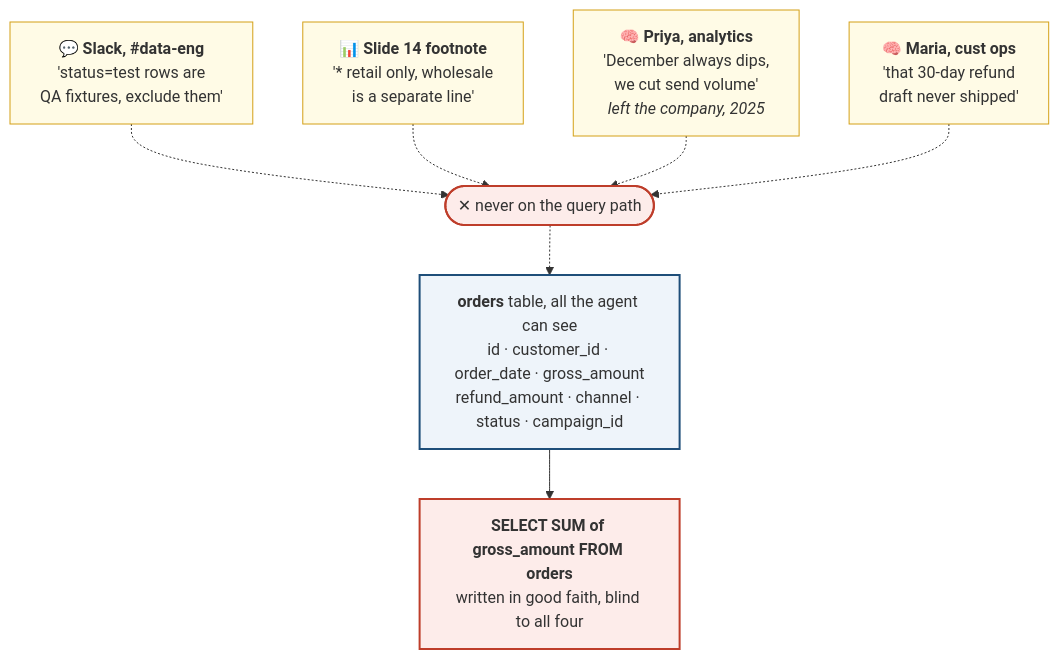
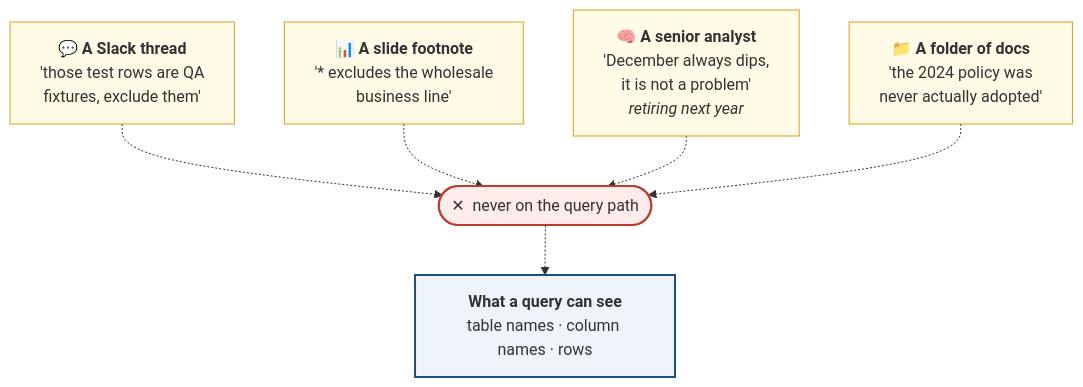
The first of 3 diagrams in README.md (benkohcc/semantic-layer-for-ai-agents), drawn with Mermaid before and after one commit. The commit also changed other lines of this file, not shown here.

````diff
--- a/README.md
+++ b/README.md
@@ -74,23 +33,21 @@
 ```mermaid
 flowchart TB
-    K1["💬 <b>Slack, #data-eng</b><br/>'status=test rows are<br/>QA fixtures, exclude them'"]
-    K2["📊 <b>Slide 14 footnote</b><br/>'* retail only, wholesale<br/>is a separate line'"]
-    K3["🧠 <b>Priya, analytics</b><br/>'December always dips,<br/>we cut send volume'<br/><i>left the company, 2025</i>"]
-    K4["🧠 <b>Maria, cust ops</b><br/>'that 30-day refund<br/>draft never shipped'"]
+    K1["💬 <b>A Slack thread</b><br/>'those test rows are QA<br/>fixtures, exclude them'"]
+    K2["📊 <b>A slide footnote</b><br/>'* excludes the wholesale<br/>business line'"]
+    K3["🧠 <b>A senior analyst</b><br/>'December always dips,<br/>it is not a problem'<br/><i>retiring next year</i>"]
+    K4["📁 <b>A folder of docs</b><br/>'the 2024 policy was<br/>never actually adopted'"]
 
-    K1 -.-> X(["✕  never on the query path"])
+    K1 -.-> X(["✕ &nbsp;never on the query path"])
     K2 -.-> X
     K3 -.-> X
     K4 -.-> X
 
-    X -.-> S["<b>orders</b> table, all the agent can see<br/>id · customer_id · order_date · gross_amount<br/>refund_amount · channel · status · campaign_id"]
-    S --> Q["<b>SELECT SUM of gross_amount FROM orders</b><br/>written in good faith, blind to all four"]
+    X -.-> S["<b>What a query can see</b><br/>table names · column names · rows"]
 
     style K1 fill:#fffbe6,stroke:#d4a017
     style K2 fill:#fffbe6,stroke:#d4a017
     style K3 fill:#fffbe6,stroke:#d4a017
     style K4 fill:#fffbe6,stroke:#d4a017
     style X fill:#fdecea,stroke:#be3d2a,stroke-width:2px
     style S fill:#eef4fa,stroke:#1e4e79,stroke-width:2px
-    style Q fill:#fdecea,stroke:#be3d2a,stroke-width:2px
 ```
````
